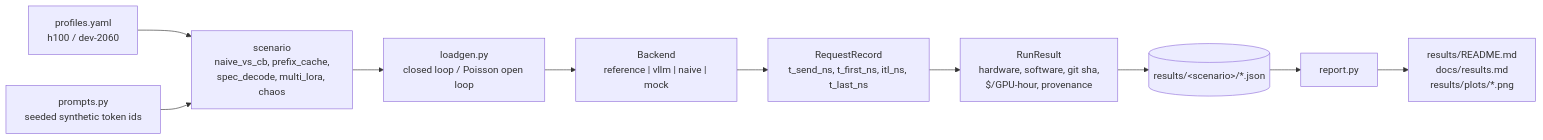
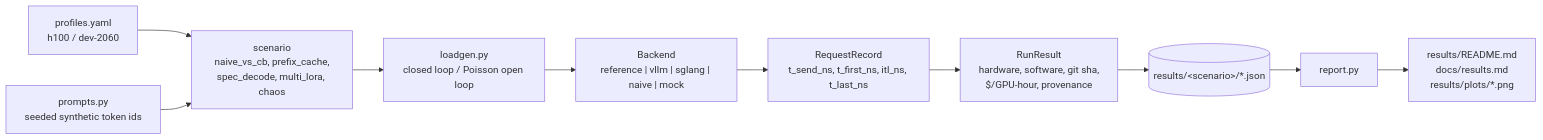
The sixth of 6 diagrams in docs/architecture.md (sripadha/turboserve), drawn with Mermaid before and after one commit. The commit also changed other lines of this file and 38 other files, not shown here.

````diff
--- a/docs/architecture.md
+++ b/docs/architecture.md
@@ -253,12 +253,12 @@
 ```mermaid
 flowchart LR
   P["profiles.yaml<br/>h100 / dev-2060"] --> S["scenario<br/>naive_vs_cb, prefix_cache,<br/>spec_decode, multi_lora, chaos"]
   PR["prompts.py<br/>seeded synthetic token ids"] --> S
   S --> LG["loadgen.py<br/>closed loop / Poisson open loop"]
-  LG --> B["Backend<br/>reference | vllm | naive | mock"]
+  LG --> B["Backend<br/>reference | vllm | sglang | naive | mock"]
   B --> REC["RequestRecord<br/>t_send_ns, t_first_ns, itl_ns, t_last_ns"]
   REC --> RR["RunResult<br/>hardware, software, git sha,<br/>$/GPU-hour, provenance"]
   RR --> JSON[("results/&lt;scenario&gt;/*.json")]
   JSON --> REP["report.py"]
   REP --> MD["results/README.md<br/>docs/results.md<br/>results/plots/*.png"]
 ```
````
